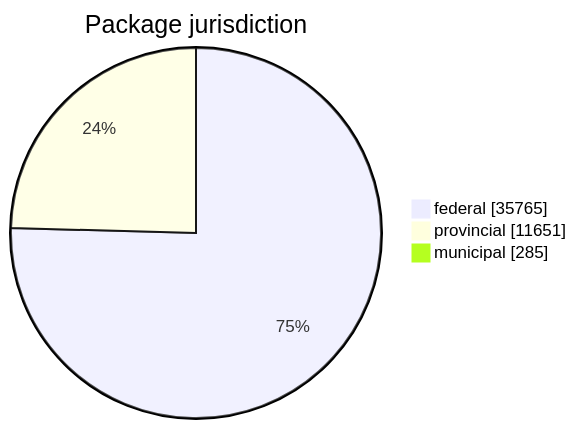
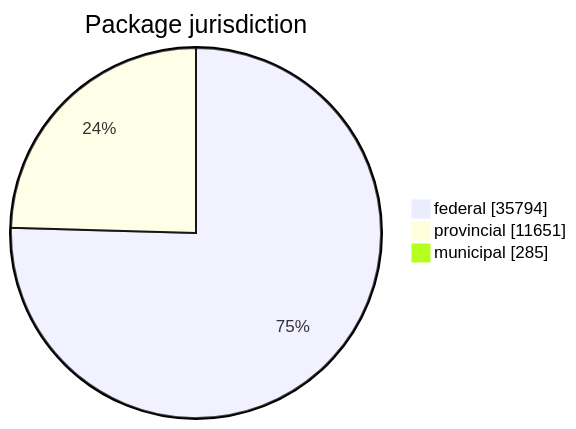
One commit to open-data/analytics-corporate-reporting changed the first of 5 diagrams in FreshCheck/README.md. Above: the diagram before and after it, drawn with Mermaid. The commit also changed other lines of this file and 3 other files, not shown here.

````diff
--- a/FreshCheck/README.md
+++ b/FreshCheck/README.md
@@ -60,6 +60,6 @@
 ```mermaid
 pie showData title Package jurisdiction
-    "federal": 35765
+    "federal": 35794
     "provincial": 11651
     "municipal": 285
 ```
````
